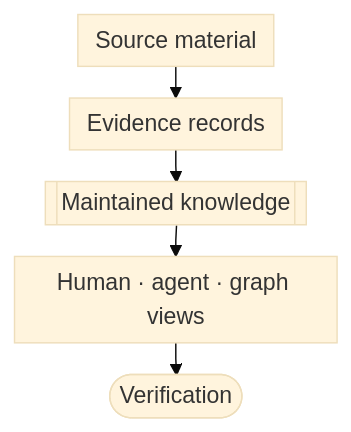
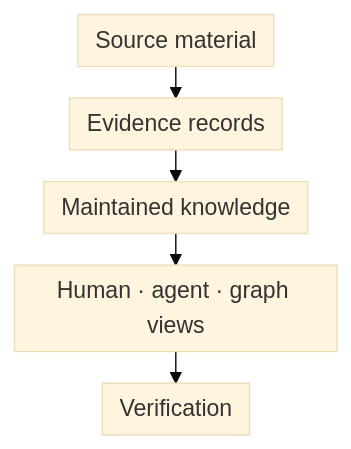
One commit to denchco/knowledge-base-wiki-standard changed the diagram in docs/index.md. Above: the diagram before and after it, drawn with Mermaid (base theme). The commit also changed 7 other files, not shown here.

Commit message:
Restore default-first Mermaid diagrams

````diff
--- a/docs/index.md
+++ b/docs/index.md
@@ -21,18 +21,18 @@
 ```mermaid
-%%{init: {"flowchart": {"curve": "linear", "nodeSpacing": 10, "rankSpacing": 22, "padding": 6}}}%%
+%%{init: {"flowchart": {"nodeSpacing": 10, "rankSpacing": 22, "padding": 6}}}%%
 flowchart TB
   accTitle: Governed knowledge base system
   accDescr: Source material becomes inspectable evidence, maintained knowledge, coordinated human, agent, and graph views, and finally a verified local system.
 
   S["Source material"]
   E["Evidence records"]
-  C[["Maintained knowledge"]]
+  C["Maintained knowledge"]
   W["Human · agent · graph views"]
-  V(["Verification"])
+  V["Verification"]
   S --> E --> C --> W --> V
   class S kb-source
   class E kb-evidence
   class C kb-canonical
   class W kb-derived
   class V kb-verification
 ```
````
